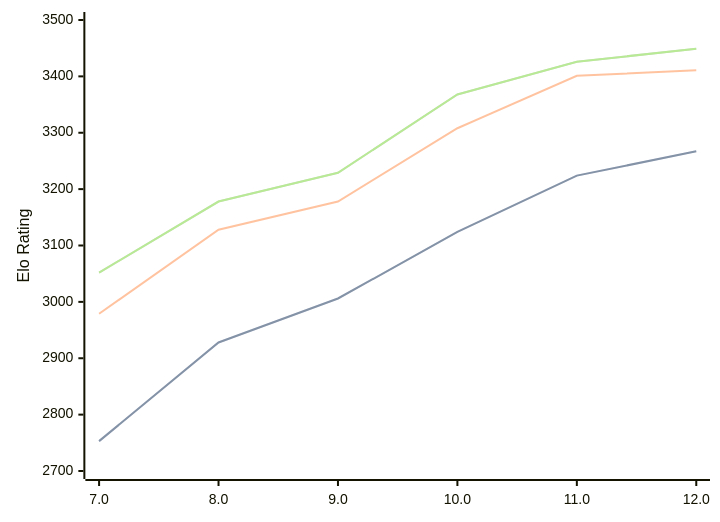
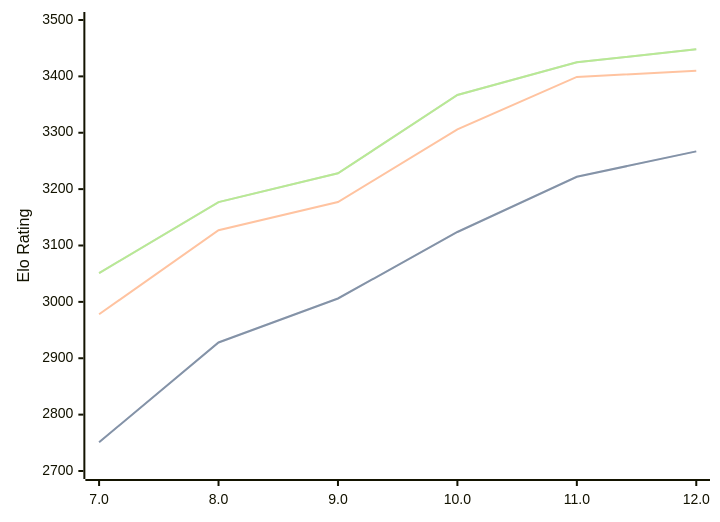
One commit to computer-chess-index/cci changed the diagram in engines/Tcheran.md. Above: the diagram before and after it, drawn with Mermaid. The commit also changed other lines of this file, not shown here.

Commit message:
Update CCI Ratings (ELO VLTC) - 2026-06-10

````diff
--- a/engines/Tcheran.md
+++ b/engines/Tcheran.md
@@ -50,11 +50,11 @@
 ```mermaid
 %%{init: {"theme":"base","themeVariables":{"seriesColors:['#a3a3a3','#222221','#faa371']}}}%%
 xychart-beta
   x-axis ["7.0", "8.0", "9.0", "10.0", "11.0", "12.0"]
   y-axis "Elo Rating" 2700 --> 3500
-  line "STC (8.0+0.08s)" [2753, 2928, 3006, 3124, 3224, 3267]
-  line "STC (8.0+0.08s)" [2753, 2928, 3006, 3124, 3224, 3267]
-  line "LTC (60.0+0.60s)" [2979, 3128, 3178, 3308, 3401, 3411]
-  line "VLTC (2m24s+1.12s)" [3052, 3178, 3229, 3368, 3426, 3449]
-  line "VLTC (2m24s+1.12s)" [3052, 3178, 3229, 3368, 3426, 3449]
+  line "STC (8.0+0.08s)" [2751, 2928, 3006, 3124, 3222, 3267]
+  line "STC (8.0+0.08s)" [2751, 2928, 3006, 3124, 3222, 3267]
+  line "LTC (60.0+0.60s)" [2978, 3127, 3177, 3306, 3399, 3410]
+  line "VLTC (2m24s+1.12s)" [3051, 3177, 3228, 3367, 3425, 3448]
+  line "VLTC (2m24s+1.12s)" [3051, 3177, 3228, 3367, 3425, 3448]
 ```
````
